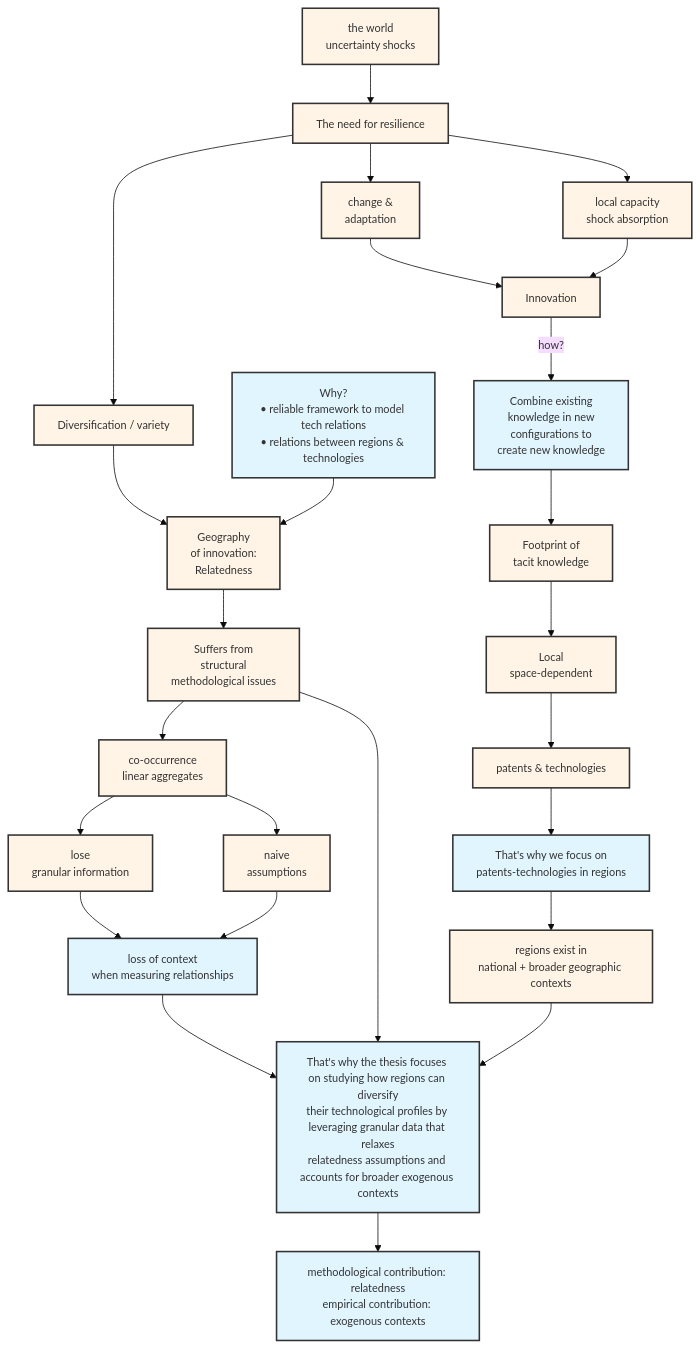
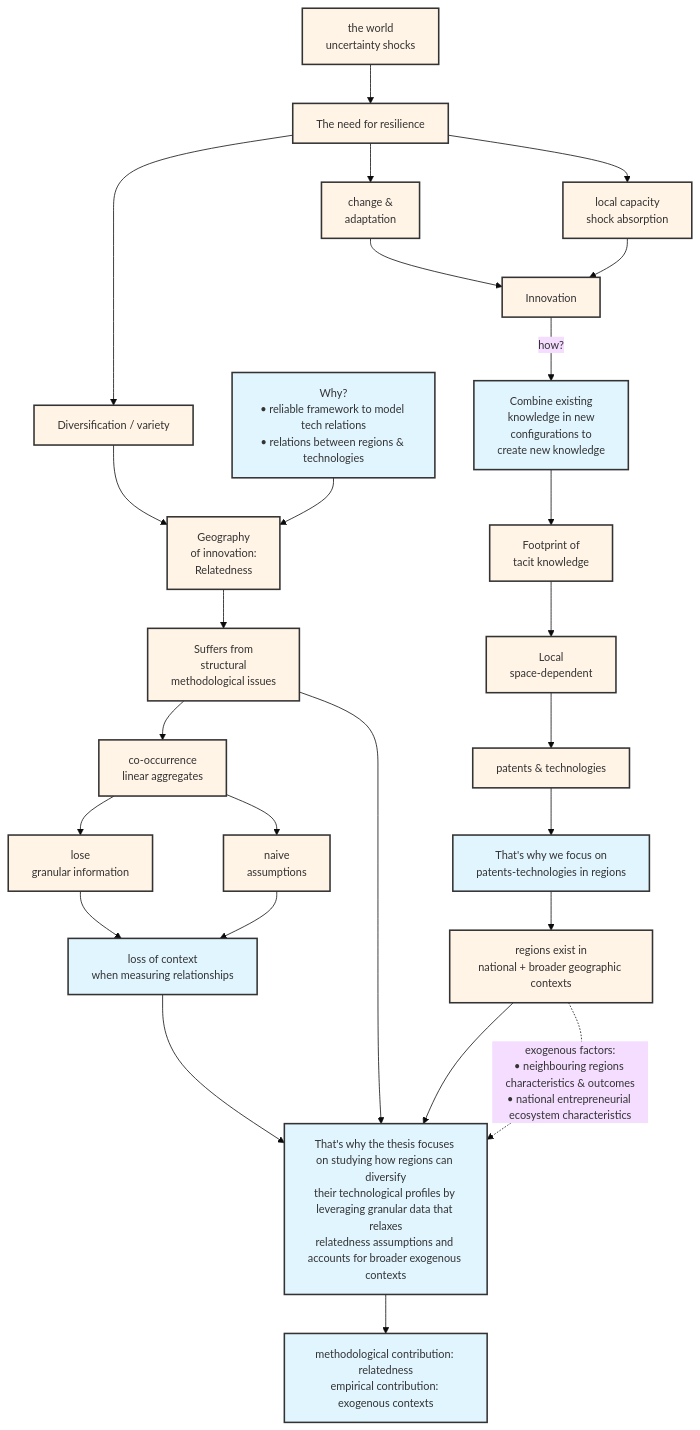
One commit to bennour007/PHD_DISS changed the diagram in intro.qmd. Above: the diagram before and after it, drawn with Mermaid. The commit also changed 7 other files, not shown here.

Commit message:
adding the endo exo details in mermaid

````diff
--- a/intro.qmd
+++ b/intro.qmd
@@ -147,64 +147,65 @@
 ```{mermaid}
 
 %%{init: {'theme':'base', 'themeVariables': { 'fontSize':'14px'}}}%%
 graph TB
     world[the world<br/>uncertainty shocks]
     relevance[The need for resilience]
     capacity[local capacity<br/>shock absorption]
     change[change &<br/>adaptation]
     innovation[Innovation]
     combine[Combine existing<br/>knowledge in new<br/>configurations to<br/>create new knowledge]
     
     diversification[Diversification / variety]
     relatedness[Geography<br/>of innovation:<br/>Relatedness]
     whyrel[Why?<br/>• reliable framework to model tech relations<br/>• relations between regions & technologies]
     
     footprint[Footprint of<br/>tacit knowledge]
     local[Local<br/>space-dependent]
     products[patents & technologies]
     focusregions[That's why we focus on<br/>patents-technologies in regions]
     regionexist[regions exist in<br/>national + broader geographic contexts]
     
     cooccur[co-occurrence<br/>linear aggregates]
     oneocc[naive<br/>assumptions]
     twoocc[lose<br/>granular information]
     suffer[Suffers from<br/>structural<br/>methodological issues]
     loss[loss of context<br/>when measuring relationships]
     
     thesis[That's why the thesis focuses on studying how regions can diversify<br/>their technological profiles by leveraging granular data that relaxes<br/>relatedness assumptions and accounts for broader exogenous contexts]
     contrib[methodological contribution: relatedness<br/>empirical contribution: exogenous contexts]
     
     world --> relevance
     relevance --> capacity
     relevance --> change
     change --> innovation
     capacity --> innovation
     innovation -->|how?| combine
     relevance --> diversification
     diversification --> relatedness
     whyrel --> relatedness
     
     combine --> footprint
     footprint --> local
     local --> products
     products --> focusregions
     focusregions --> regionexist
     
     relatedness --> suffer
     suffer --> cooccur
     cooccur --> oneocc
     cooccur --> twoocc
     twoocc --> loss
     oneocc --> loss
     
     loss --> thesis
     suffer --> thesis
     regionexist --> thesis
+    regionexist -.->|exogenous factors:<br/>• neighbouring regions characteristics & outcomes<br/>• national entrepreneurial ecosystem characteristics| thesis
     thesis --> contrib
     
     classDef boxStyle fill:#e1f5ff,stroke:#333,stroke-width:2px
     classDef ovalStyle fill:#fff4e6,stroke:#333,stroke-width:2px
     class combine,whyrel,focusregions,loss,thesis,contrib boxStyle
     class world,relevance,capacity,change,innovation,diversification,relatedness,footprint,local,products,regionexist,cooccur,oneocc,twoocc,suffer ovalStyle
 
 ```
````
